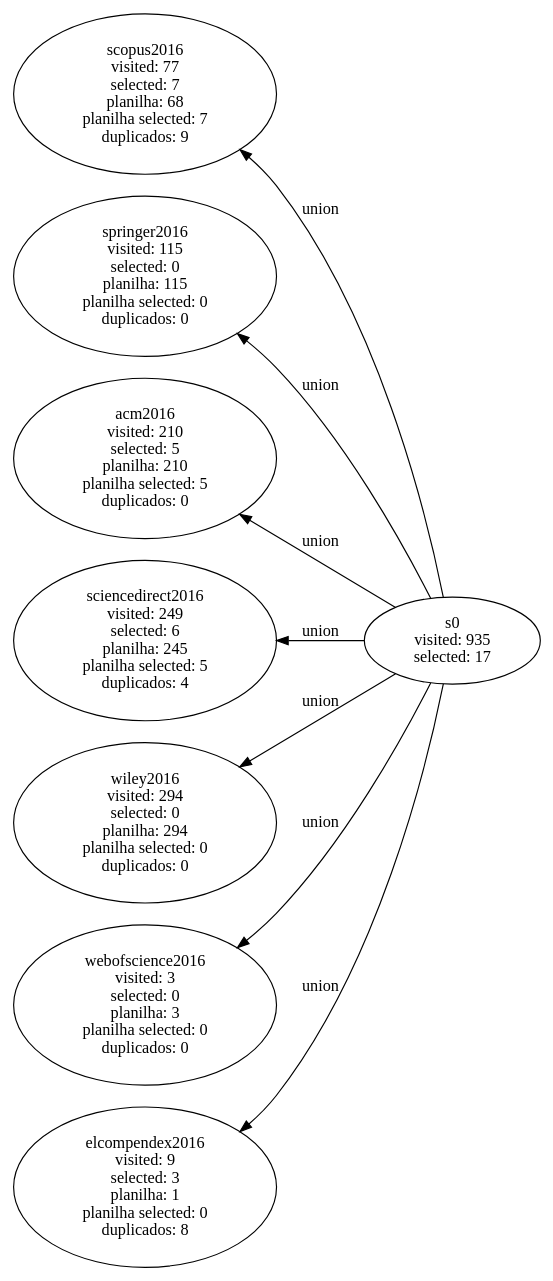
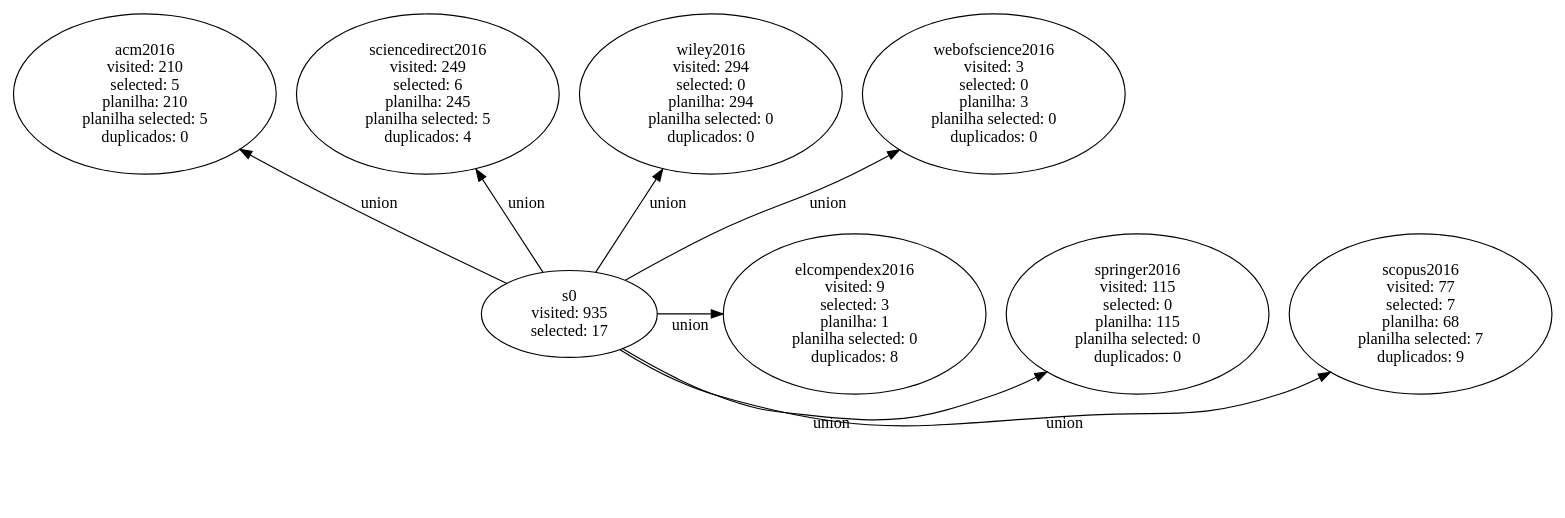
The diagram in experiments/experiment_2/notebooks/final.dot (gems-uff/hybrid-strategies), drawn with Graphviz before and after one commit. The commit also changed 15 other files, not shown here.

```diff
--- a/experiments/experiment_2/notebooks/final.dot
+++ b/experiments/experiment_2/notebooks/final.dot
@@ -1,27 +1,33 @@
 digraph G {
-  rankdir="RL";
+  //edge [fontsize=32]
+  rankdir="BT";
+  //node [shape=box]
+  
+
 
   s0 [label="s0\n visited: 935\n selected: 17"];
   s0 -> scopus2016 [label="union"];
   s0 -> springer2016 [label="union"];
   s0 -> acm2016 [label="union"];
   s0 -> sciencedirect2016 [label="union"];
   s0 -> wiley2016 [label="union"];
   s0 -> webofscience2016 [label="union"];
   s0 -> elcompendex2016 [label="union"];
 
   scopus2016 [label="scopus2016\n visited: 77\n selected: 7\n planilha: 68\n planilha selected: 7\n duplicados: 9"];
 
   springer2016 [label="springer2016\n visited: 115\n selected: 0\n planilha: 115\n planilha selected: 0\n duplicados: 0"];
 
   acm2016 [label="acm2016\n visited: 210\n selected: 5\n planilha: 210\n planilha selected: 5\n duplicados: 0"];
 
   sciencedirect2016 [label="sciencedirect2016\n visited: 249\n selected: 6\n planilha: 245\n planilha selected: 5\n duplicados: 4"];
 
   wiley2016 [label="wiley2016\n visited: 294\n selected: 0\n planilha: 294\n planilha selected: 0\n duplicados: 0"];
 
   webofscience2016 [label="webofscience2016\n visited: 3\n selected: 0\n planilha: 3\n planilha selected: 0\n duplicados: 0"];
 
   elcompendex2016 [label="elcompendex2016\n visited: 9\n selected: 3\n planilha: 1\n planilha selected: 0\n duplicados: 8"];
 
+  {rank=same scopus2016 elcompendex2016 springer2016 s0}
+  scopus2016 -> s0 [style=invis]
 }
```
